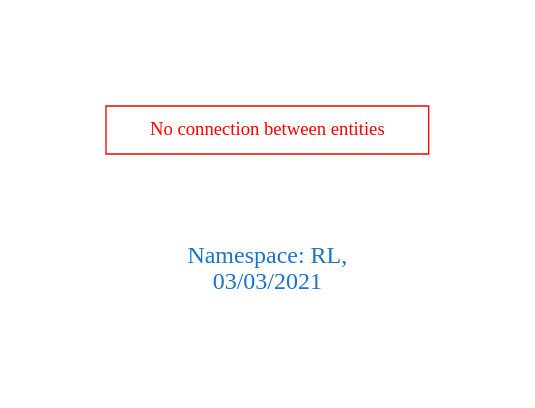
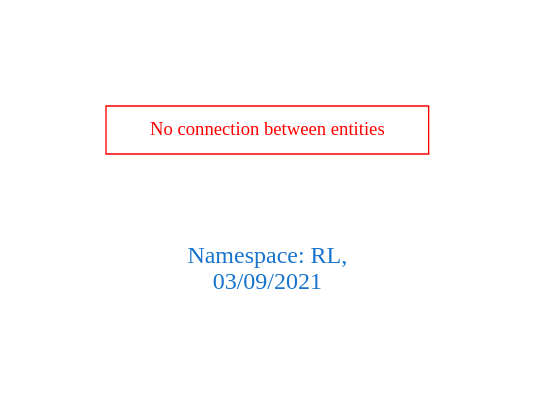
The diagram in downloads/RL.dot (arago/OGIT), drawn with Graphviz before and after one commit. The commit also changed 1845 other files, not shown here.

```diff
--- a/downloads/RL.dot
+++ b/downloads/RL.dot
@@ -1,9 +1,9 @@
 digraph OGIT_ontology {
  graph [ rankdir= LR,pad=1 
 fontsize = 18,
-fontcolor= dodgerblue3,label = "\n\n\nNamespace: RL, \n 03/03/2021"];
+fontcolor= dodgerblue3,label = "\n\n\nNamespace: RL, \n 03/09/2021"];
 node[shape=polygon];
 edge [  color="gray81"];
 
 "No connection between entities" [fontcolor = "red",color="red", shape="polygon"]
 }
```
